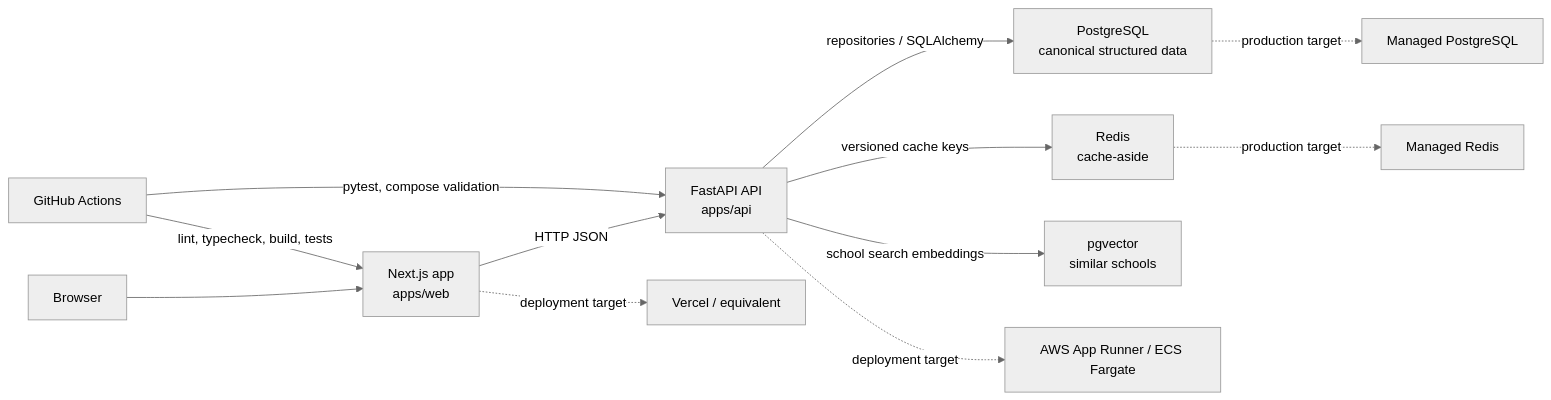
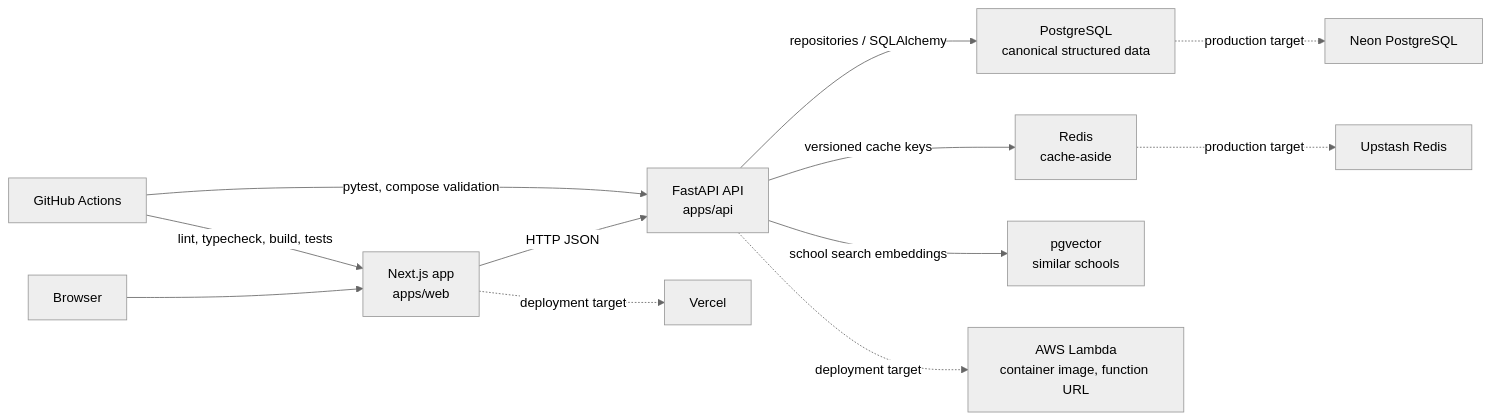
Before and after one commit to codysj/College-Explorer: the diagram in docs/architecture.md, drawn with Mermaid (neutral theme). The commit also changed other lines of this file and 9 other files, not shown here.

First line of the commit message:
Plan V3.3 deployment on AWS Lambda, Neon, Upstash, and Vercel

````diff
--- a/docs/architecture.md
+++ b/docs/architecture.md
@@ -19,26 +19,26 @@
 ```mermaid
 flowchart LR
     browser["Browser"]
     next["Next.js app<br/>apps/web"]
     fastapi["FastAPI API<br/>apps/api"]
     postgres["PostgreSQL<br/>canonical structured data"]
     redis["Redis<br/>cache-aside"]
     pgvector["pgvector<br/>similar schools"]
     actions["GitHub Actions"]
-    frontendHost["Vercel / equivalent"]
-    apiHost["AWS App Runner / ECS Fargate"]
-    managedPostgres["Managed PostgreSQL"]
-    managedRedis["Managed Redis"]
+    frontendHost["Vercel"]
+    apiHost["AWS Lambda<br/>container image, function URL"]
+    managedPostgres["Neon PostgreSQL"]
+    managedRedis["Upstash Redis"]
 
     browser --> next
     next -->|"HTTP JSON"| fastapi
     fastapi -->|"repositories / SQLAlchemy"| postgres
     fastapi -->|"versioned cache keys"| redis
     fastapi -->|"school search embeddings"| pgvector
     actions -->|"lint, typecheck, build, tests"| next
     actions -->|"pytest, compose validation"| fastapi
     next -. "deployment target" .-> frontendHost
     fastapi -. "deployment target" .-> apiHost
     postgres -. "production target" .-> managedPostgres
     redis -. "production target" .-> managedRedis
 ```
````
